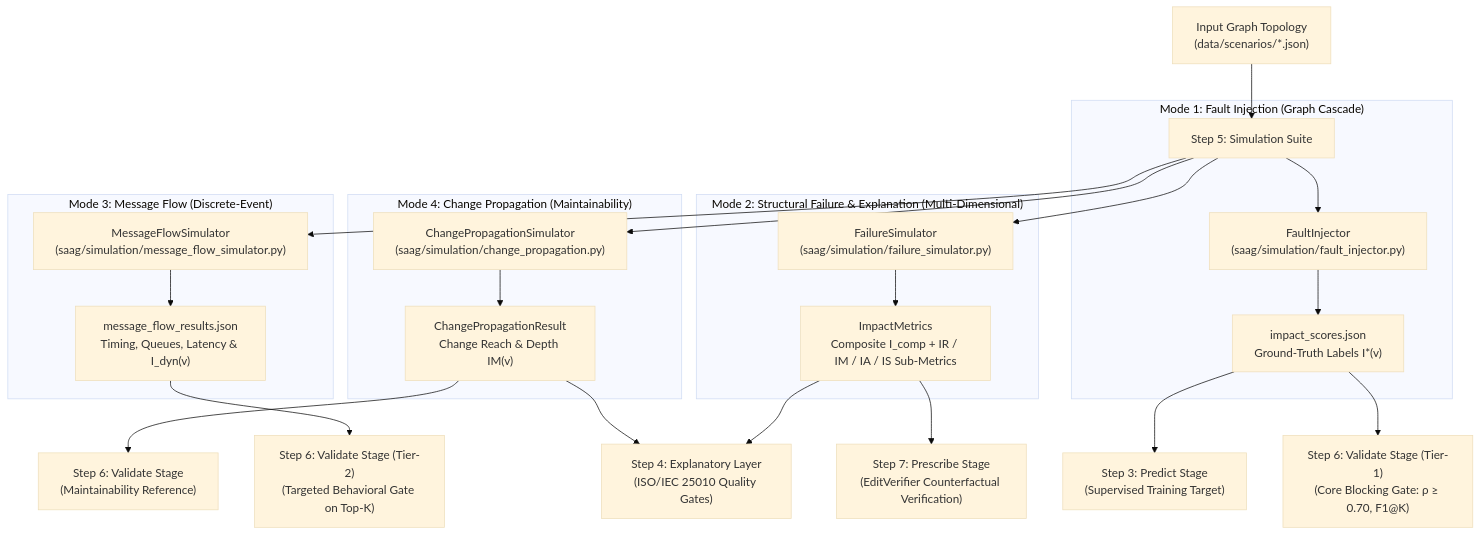
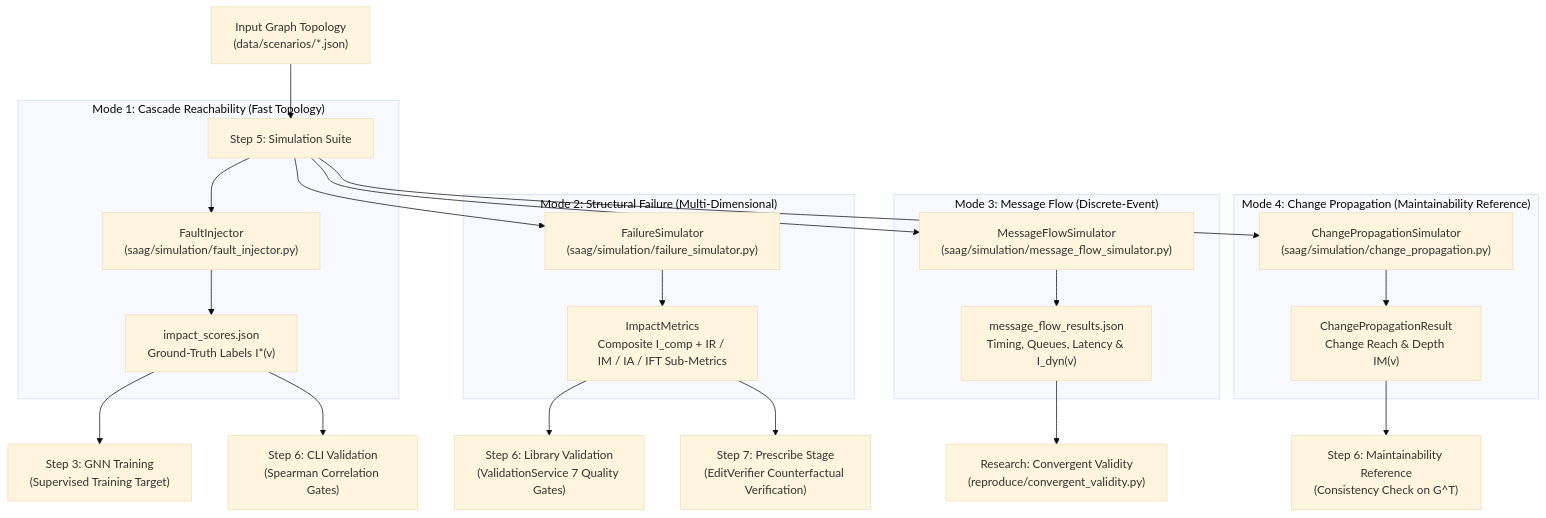
One commit to onuralpyigit/software-as-a-graph changed the first of 4 diagrams in docs/failure-simulation.md. Above: the diagram before and after it, drawn with Mermaid (base theme). The commit also changed other lines of this file and 15 other files, not shown here.

First line of the commit message:
Refactor validation architecture and enhance dual validation pathways

````diff
--- a/docs/failure-simulation.md
+++ b/docs/failure-simulation.md
@@ -58,32 +58,31 @@
 ```mermaid
 flowchart TD
     G["Input Graph Topology<br>(data/scenarios/*.json)"] --> SIM["Step 5: Simulation Suite"]
     
-    subgraph Mode1["Mode 1: Fault Injection (Graph Cascade)"]
+    subgraph Mode1["Mode 1: Cascade Reachability (Fast Topology)"]
         SIM --> FI["FaultInjector<br>(saag/simulation/fault_injector.py)"]
         FI --> IMP["impact_scores.json<br>Ground-Truth Labels I*(v)"]
     end
 
-    subgraph Mode2["Mode 2: Structural Failure & Explanation (Multi-Dimensional)"]
+    subgraph Mode2["Mode 2: Structural Failure (Multi-Dimensional)"]
         SIM --> FS["FailureSimulator<br>(saag/simulation/failure_simulator.py)"]
-        FS --> FSR["ImpactMetrics<br>Composite I_comp + IR / IM / IA / IS Sub-Metrics"]
+        FS --> FSR["ImpactMetrics<br>Composite I_comp + IR / IM / IA / IFT Sub-Metrics"]
     end
 
     subgraph Mode3["Mode 3: Message Flow (Discrete-Event)"]
         SIM --> MFS["MessageFlowSimulator<br>(saag/simulation/message_flow_simulator.py)"]
         MFS --> MFR["message_flow_results.json<br>Timing, Queues, Latency & I_dyn(v)"]
     end
 
-    subgraph Mode4["Mode 4: Change Propagation (Maintainability)"]
+    subgraph Mode4["Mode 4: Change Propagation (Maintainability Reference)"]
         SIM --> CPS["ChangePropagationSimulator<br>(saag/simulation/change_propagation.py)"]
         CPS --> CPR["ChangePropagationResult<br>Change Reach & Depth IM(v)"]
     end
 
-    IMP --> GNN["Step 3: Predict Stage<br>(Supervised Training Target)"]
-    IMP --> VAL1["Step 6: Validate Stage (Tier-1)<br>(Core Blocking Gate: ρ ≥ 0.70, F1@K)"]
-    MFR --> VAL2["Step 6: Validate Stage (Tier-2)<br>(Targeted Behavioral Gate on Top-K)"]
-    CPR --> VAL3["Step 6: Validate Stage<br>(Maintainability Reference)"]
-    FSR --> EXP["Step 4: Explanatory Layer<br>(ISO/IEC 25010 Quality Gates)"]
+    IMP --> GNN["Step 3: GNN Training<br>(Supervised Training Target)"]
+    IMP --> VAL_CLI["Step 6: CLI Validation<br>(Spearman Correlation Gates)"]
+    FSR --> VAL_LIB["Step 6: Library Validation<br>(ValidationService 7 Quality Gates)"]
     FSR --> PRE["Step 7: Prescribe Stage<br>(EditVerifier Counterfactual Verification)"]
-    CPR --> EXP
+    MFR --> CONV["Research: Convergent Validity<br>(reproduce/convergent_validity.py)"]
+    CPR --> MAINT_REF["Step 6: Maintainability Reference<br>(Consistency Check on G^T)"]
 ```
````
